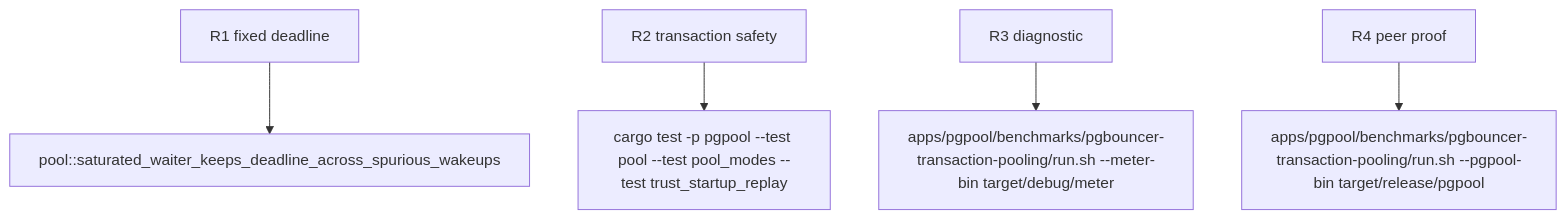
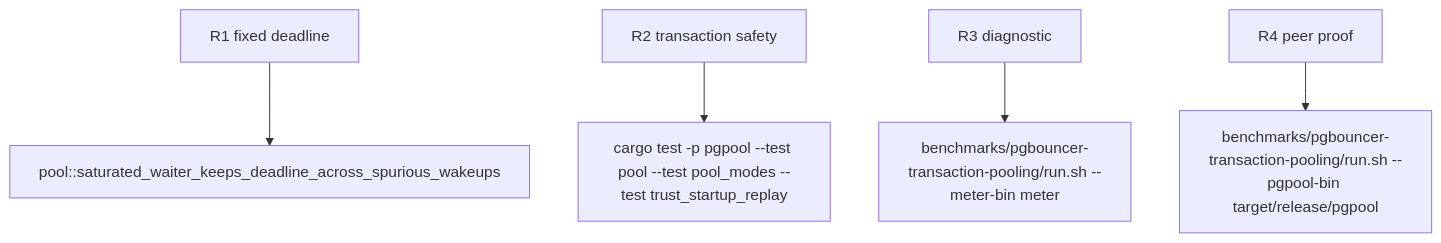
One commit to faberline/pgpool changed the second of 2 diagrams in tech-design/logic/p0-reuse-one-acquire-deadline-timer-across-saturated-notify-retr.md. Above: the diagram before and after it, drawn with Mermaid. The commit also changed other lines of this file and 120 other files, not shown here.

````diff
--- a/tech-design/logic/p0-reuse-one-acquire-deadline-timer-across-saturated-notify-retr.md
+++ b/tech-design/logic/p0-reuse-one-acquire-deadline-timer-across-saturated-notify-retr.md
@@ -74,35 +74,35 @@
 ```mermaid
 ---
 id: pgpool-reused-acquire-deadline-timer-contract-verification
 requirements:
   diagnostic:
     id: R3
     text: "Meter treats retry Sleep reset/drop reduction as diagnosis only; no sampled TPS result decides retention."
     kind: integration
     risk: medium
-    verify: apps/pgpool/benchmarks/pgbouncer-transaction-pooling/run.sh --meter-bin target/debug/meter
+    verify: benchmarks/pgbouncer-transaction-pooling/run.sh --meter-bin meter
   fixed_deadline:
     id: R1
     text: "Wakeups before capacity is available recheck with one fixed deadline, and deadline expiry still returns the configured saturation error without extending wait time."
     kind: regression
     risk: high
     verify: pool::saturated_waiter_keeps_deadline_across_spurious_wakeups
   peer_proof:
     id: R4
     text: "Three unchanged clean unsampled release comparisons must match or exceed PgBouncer; the first valid loss reverts the candidate."
     kind: e2e
     risk: high
-    verify: apps/pgpool/benchmarks/pgbouncer-transaction-pooling/run.sh --pgpool-bin target/release/pgpool
+    verify: benchmarks/pgbouncer-transaction-pooling/run.sh --pgpool-bin target/release/pgpool
   transaction_safety:
     id: R2
     text: "Contended transaction clients preserve DISCARD ALL isolation and the physical backend cap while acquisition retries reuse one deadline timer."
     kind: integration
     risk: high
     verify: cargo test -p pgpool --test pool --test pool_modes --test trust_startup_replay
 ---
 flowchart TD
     r1[R1 fixed deadline] --> pool_saturated_waiter_keeps_deadline_across_spurious_wakeups[pool::saturated_waiter_keeps_deadline_across_spurious_wakeups]
     r2[R2 transaction safety] --> cargo_test_p_pgpool_test_pool_test_pool_modes_test_trust_startup_replay[cargo test -p pgpool --test pool --test pool_modes --test trust_startup_replay]
-    r3[R3 diagnostic] --> apps_pgpool_benchmarks_pgbouncer_transaction_pooling_run_sh_meter_bin_target_debug_meter[apps/pgpool/benchmarks/pgbouncer-transaction-pooling/run.sh --meter-bin target/debug/meter]
-    r4[R4 peer proof] --> apps_pgpool_benchmarks_pgbouncer_transaction_pooling_run_sh_pgpool_bin_target_release_pgpool[apps/pgpool/benchmarks/pgbouncer-transaction-pooling/run.sh --pgpool-bin target/release/pgpool]
+    r3[R3 diagnostic] --> apps_pgpool_benchmarks_pgbouncer_transaction_pooling_run_sh_meter_bin_target_debug_meter[benchmarks/pgbouncer-transaction-pooling/run.sh --meter-bin meter]
+    r4[R4 peer proof] --> apps_pgpool_benchmarks_pgbouncer_transaction_pooling_run_sh_pgpool_bin_target_release_pgpool[benchmarks/pgbouncer-transaction-pooling/run.sh --pgpool-bin target/release/pgpool]
 ```
````
